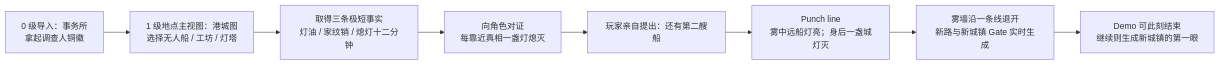
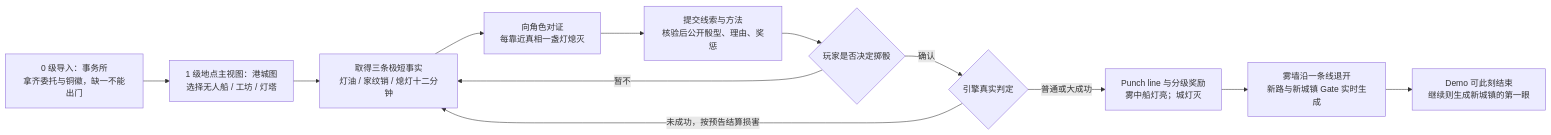
Before and after one commit to LudicDynamics/hackathon: the fourth of 9 diagrams in docs/doc-24-五世界可玩Demo体验设计.md, drawn with Mermaid. The commit also changed other lines of this file and 11 other files, not shown here.

````diff
--- a/docs/doc-24-五世界可玩Demo体验设计.md
+++ b/docs/doc-24-五世界可玩Demo体验设计.md
@@ -190,10 +192,14 @@
 ```mermaid
 flowchart LR
-    A["0 级导入：事务所<br/>拿起调查人铜徽"] --> B["1 级地点主视图：港城图<br/>选择无人船 / 工坊 / 灯塔"]
+    A["0 级导入：事务所<br/>拿齐委托与铜徽，缺一不能出门"] --> B["1 级地点主视图：港城图<br/>选择无人船 / 工坊 / 灯塔"]
     B --> C["取得三条极短事实<br/>灯油 / 家纹销 / 熄灯十二分钟"]
     C --> D["向角色对证<br/>每靠近真相一盏灯熄灭"]
-    D --> E["玩家亲自提出：还有第二艘船"]
-    E --> F["Punch line<br/>雾中远船灯亮；身后一盏城灯灭"]
+    D --> E["提交线索与方法<br/>核验后公开骰型、理由、奖惩"]
+    E --> R{玩家是否决定掷骰}
+    R -->|暂不| C
+    R -->|确认| S{引擎真实判定}
+    S -->|未成功，按预告结算损害| C
+    S -->|普通或大成功| F["Punch line 与分级奖励<br/>雾中船灯亮；城灯灭"]
     F --> G["雾墙沿一条线退开<br/>新路与新城镇 Gate 实时生成"]
     G --> H["Demo 可此刻结束<br/>继续则生成新城镇的第一眼"]
 ```
````
